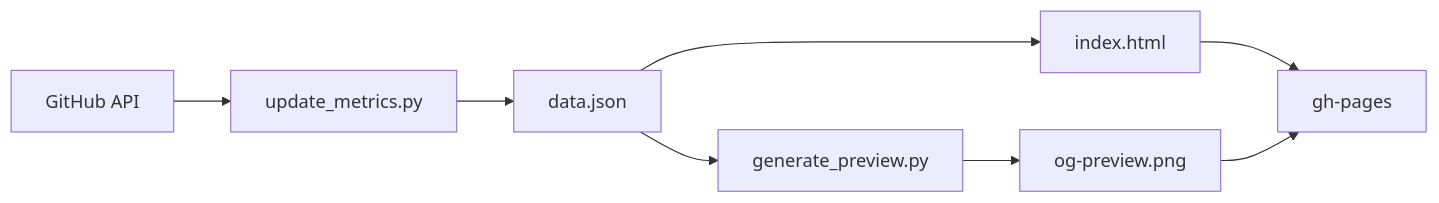
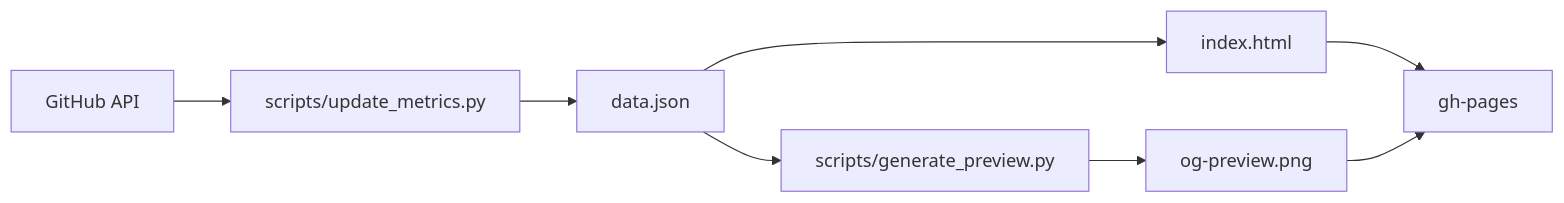
The diagram in README.md (PythonMexico/stats), drawn with Mermaid before and after one commit. The commit also changed other lines of this file and 10 other files, not shown here.

````diff
--- a/README.md
+++ b/README.md
@@ -91,10 +91,10 @@
 ```mermaid
 flowchart LR
-    GH[GitHub API] --> PY[update_metrics.py]
+    GH[GitHub API] --> PY[scripts/update_metrics.py]
     PY --> DATA[data.json]
     DATA --> HTML[index.html]
-    DATA --> SHOT[generate_preview.py]
+    DATA --> SHOT[scripts/generate_preview.py]
     SHOT --> IMG[og-preview.png]
     HTML --> GHP[gh-pages]
     IMG --> GHP
 ```
````
